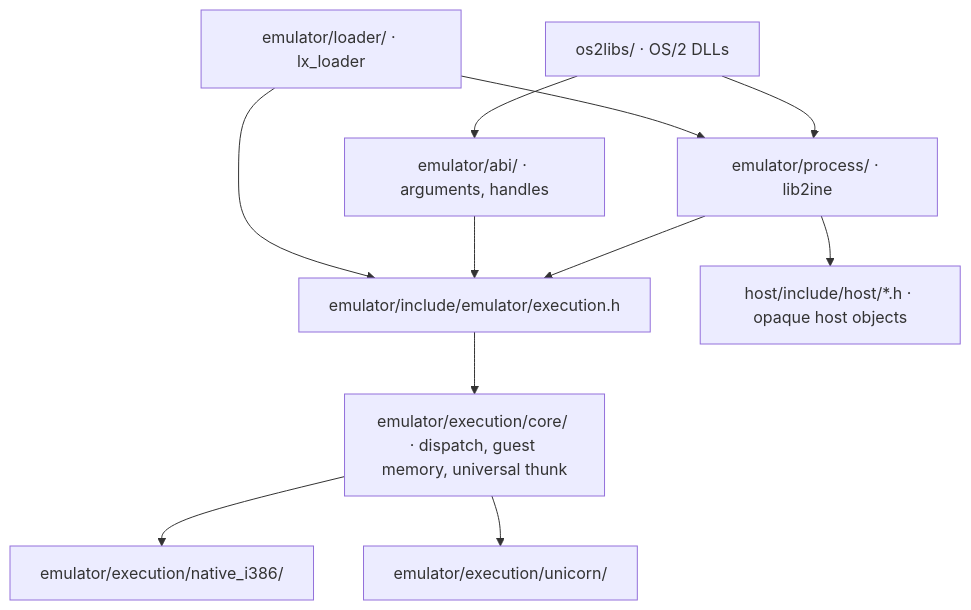
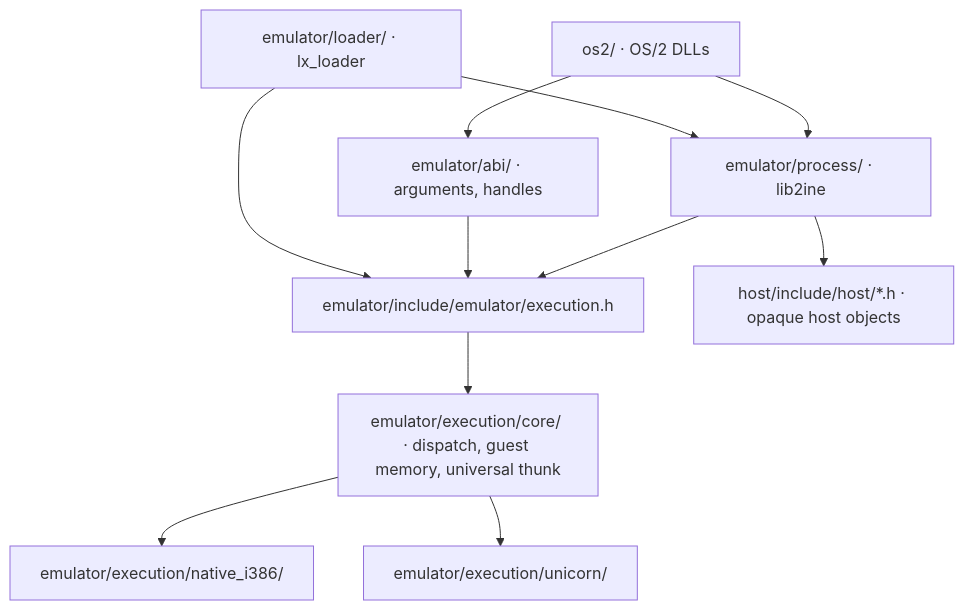
The diagram in docs/emulator.md (bitwisecook/2ine), drawn with Mermaid before and after one commit. The commit also changed other lines of this file and 801 other files, not shown here.

````diff
--- a/docs/emulator.md
+++ b/docs/emulator.md
@@ -9,12 +9,12 @@
 ```mermaid
 flowchart TD
     Loader["emulator/loader/ · lx_loader"] --> Process["emulator/process/ · lib2ine"]
-    APIs["os2libs/ · OS/2 DLLs"] --> Process
+    APIs["os2/ · OS/2 DLLs"] --> Process
     Loader --> Exec["emulator/include/emulator/execution.h"]
     APIs --> ABI["emulator/abi/ · arguments, handles"] --> Exec
     Process --> Exec
     Exec --> Core["emulator/execution/core/ · dispatch, guest memory, universal thunk"]
     Core --> Native["emulator/execution/native_i386/"]
     Core --> Emu["emulator/execution/unicorn/"]
     Process --> Host["host/include/host/*.h · opaque host objects"]
 ```
````
